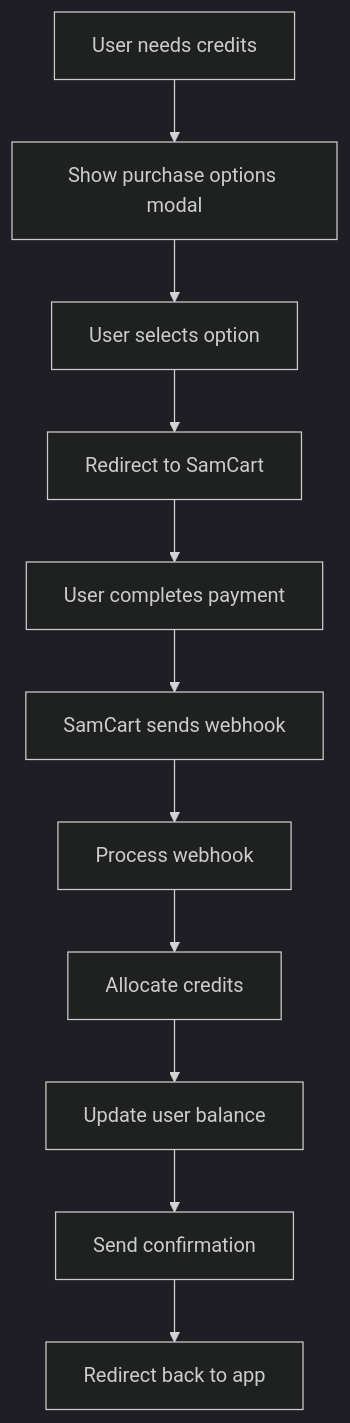
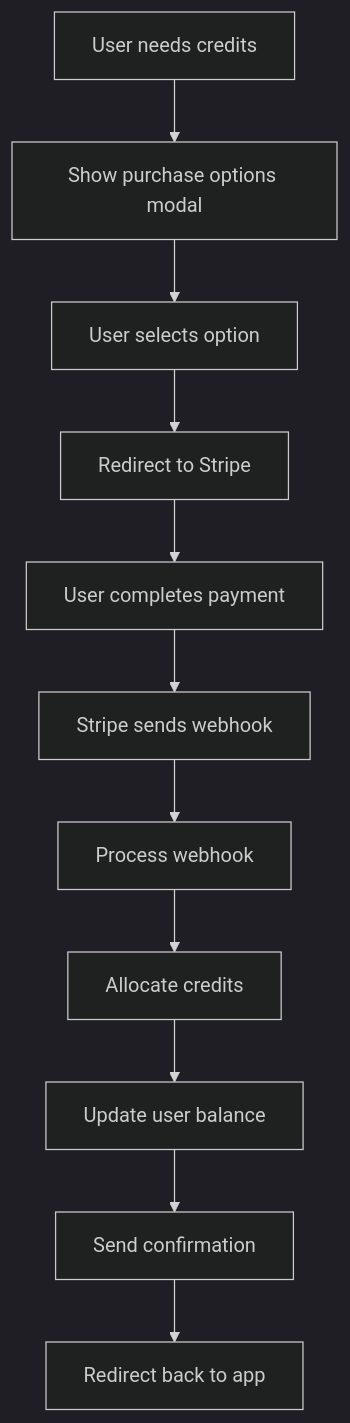
Before and after one commit to TrendpilotAI/flip-my-era: the fourth of 5 diagrams in DOCS/PHASE_1A_ARCHITECTURE.md, drawn with Mermaid (dark theme). The commit also changed other lines of this file and 35 other files, not shown here.

````diff
--- a/DOCS/PHASE_1A_ARCHITECTURE.md
+++ b/DOCS/PHASE_1A_ARCHITECTURE.md
@@ -400,13 +400,13 @@
 ```mermaid
 flowchart TD
     A[User needs credits] --> B[Show purchase options modal]
     B --> C[User selects option]
-    C --> D[Redirect to SamCart]
+    C --> D[Redirect to Stripe]
     D --> E[User completes payment]
-    E --> F[SamCart sends webhook]
+    E --> F[Stripe sends webhook]
     F --> G[Process webhook]
     G --> H[Allocate credits]
     H --> I[Update user balance]
     I --> J[Send confirmation]
     J --> K[Redirect back to app]
 ```
````
